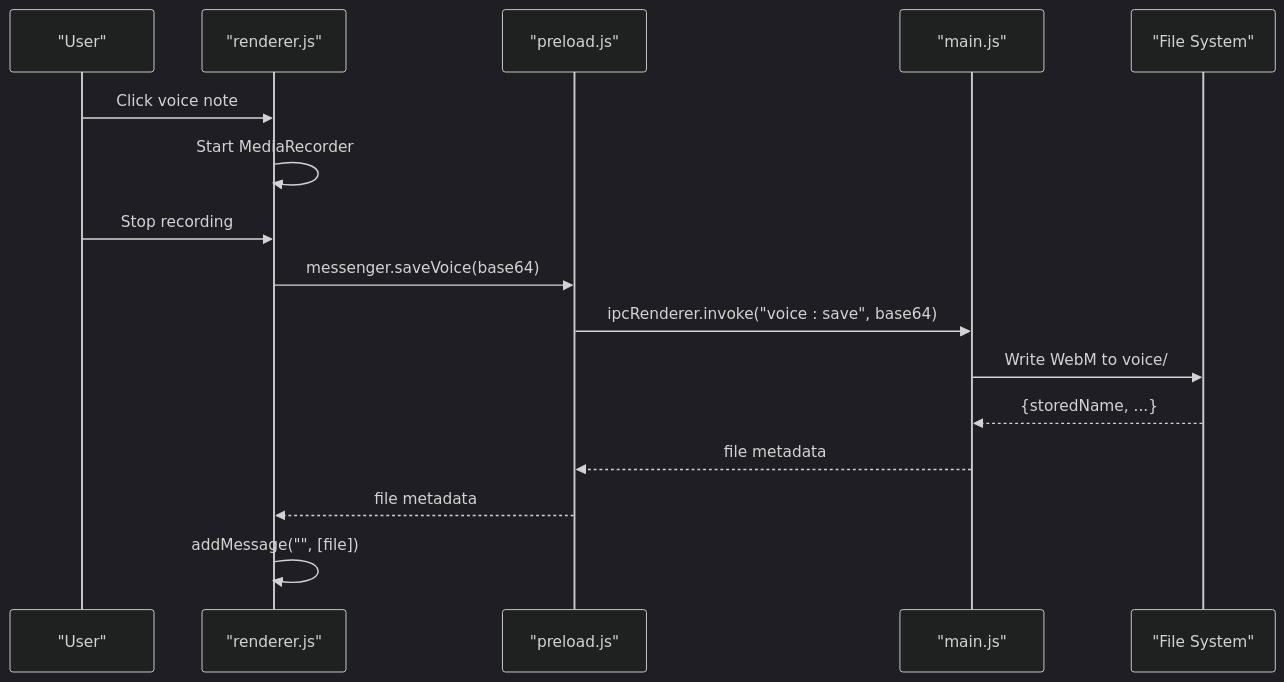
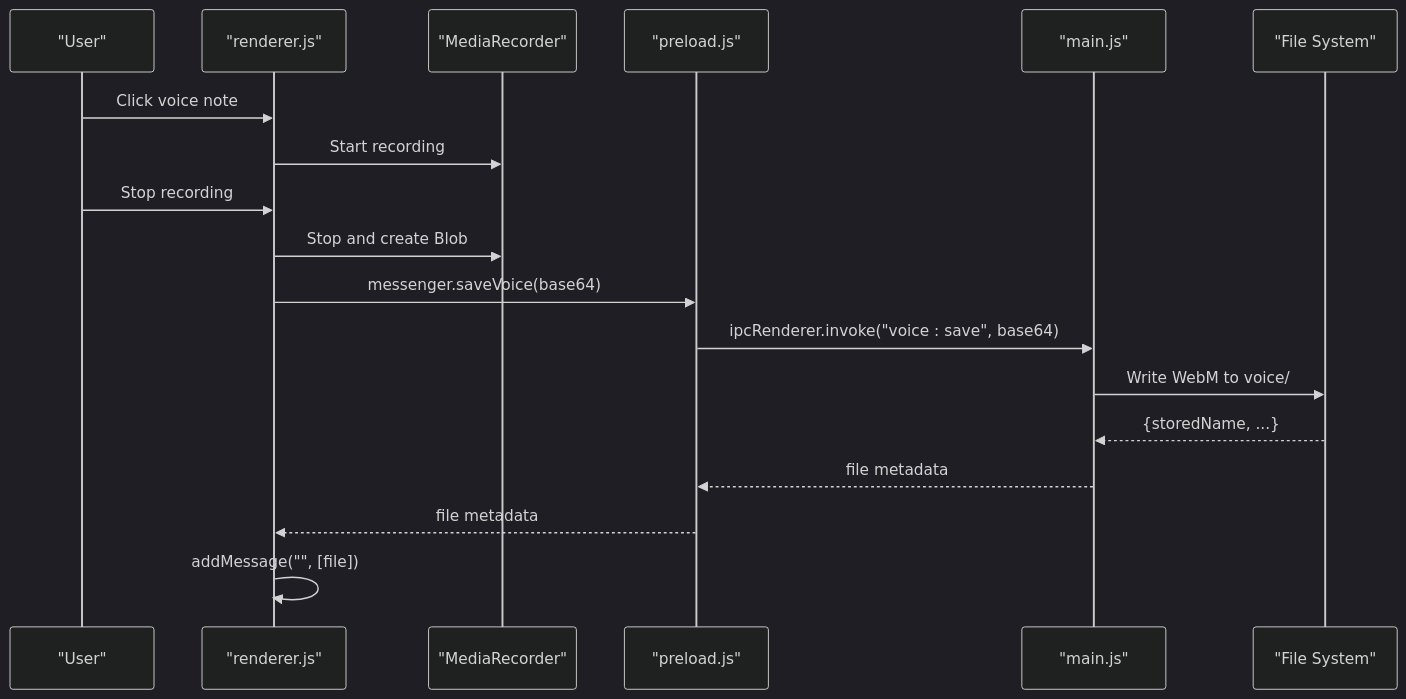
Before and after one commit to Annguyen0410/Personal-Messenger-Like-Storage-: diagram 11 of 18 in .qoder/repowiki/en/content/Core Features.md, drawn with Mermaid (dark theme). The commit also changed other lines of this file and 19 other files, not shown here.

````diff
--- a/.qoder/repowiki/en/content/Core Features.md
+++ b/.qoder/repowiki/en/content/Core Features.md
@@ -321,18 +449,20 @@
 ```mermaid
 sequenceDiagram
 participant U as "User"
 participant R as "renderer.js"
+participant MR as "MediaRecorder"
 participant P as "preload.js"
 participant M as "main.js"
 participant FS as "File System"
 U->>R : Click voice note
-R->>R : Start MediaRecorder
+R->>MR : Start recording
 U->>R : Stop recording
+R->>MR : Stop and create Blob
 R->>P : messenger.saveVoice(base64)
 P->>M : ipcRenderer.invoke("voice : save", base64)
 M->>FS : Write WebM to voice/
 FS-->>M : {storedName, ...}
 M-->>P : file metadata
 P-->>R : file metadata
 R->>R : addMessage("", [file])
 ```
````
